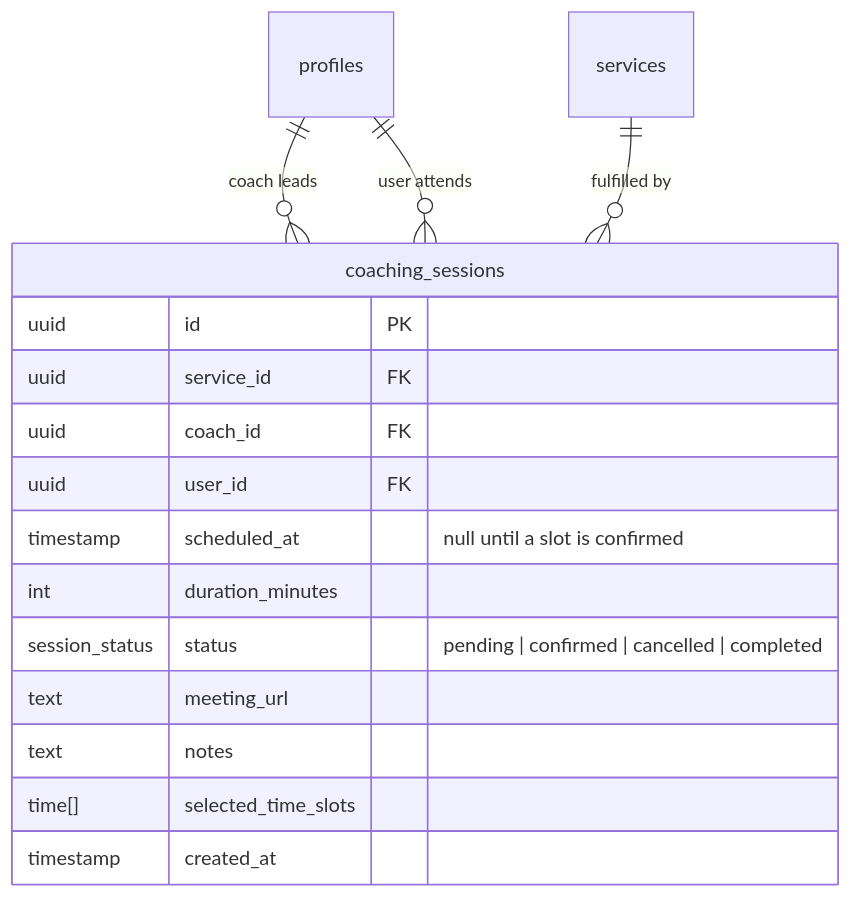
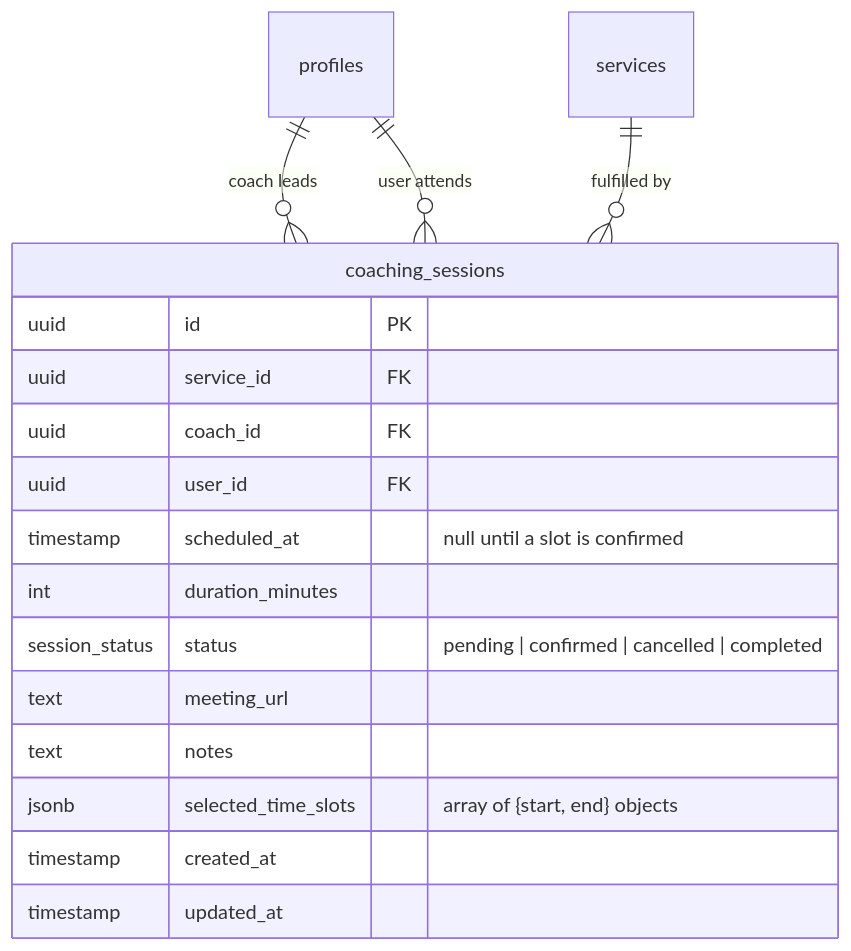
The diagram in docs/coaching.md (hack4impact/mcld-project), drawn with Mermaid before and after one commit. The commit also changed other lines of this file and 4 other files, not shown here.

````diff
--- a/docs/coaching.md
+++ b/docs/coaching.md
@@ -5,20 +5,21 @@
 ```mermaid
 erDiagram
     coaching_sessions {
         uuid id PK
         uuid service_id FK
         uuid coach_id FK
         uuid user_id FK
         timestamp scheduled_at "null until a slot is confirmed"
         int duration_minutes
         session_status status "pending | confirmed | cancelled | completed"
         text meeting_url
         text notes
-        time[] selected_time_slots
+        jsonb selected_time_slots "array of {start, end} objects"
         timestamp created_at
+        timestamp updated_at
     }
 
     profiles ||--o{ coaching_sessions : "coach leads"
     profiles ||--o{ coaching_sessions : "user attends"
     services ||--o{ coaching_sessions : "fulfilled by"
 ```
````
